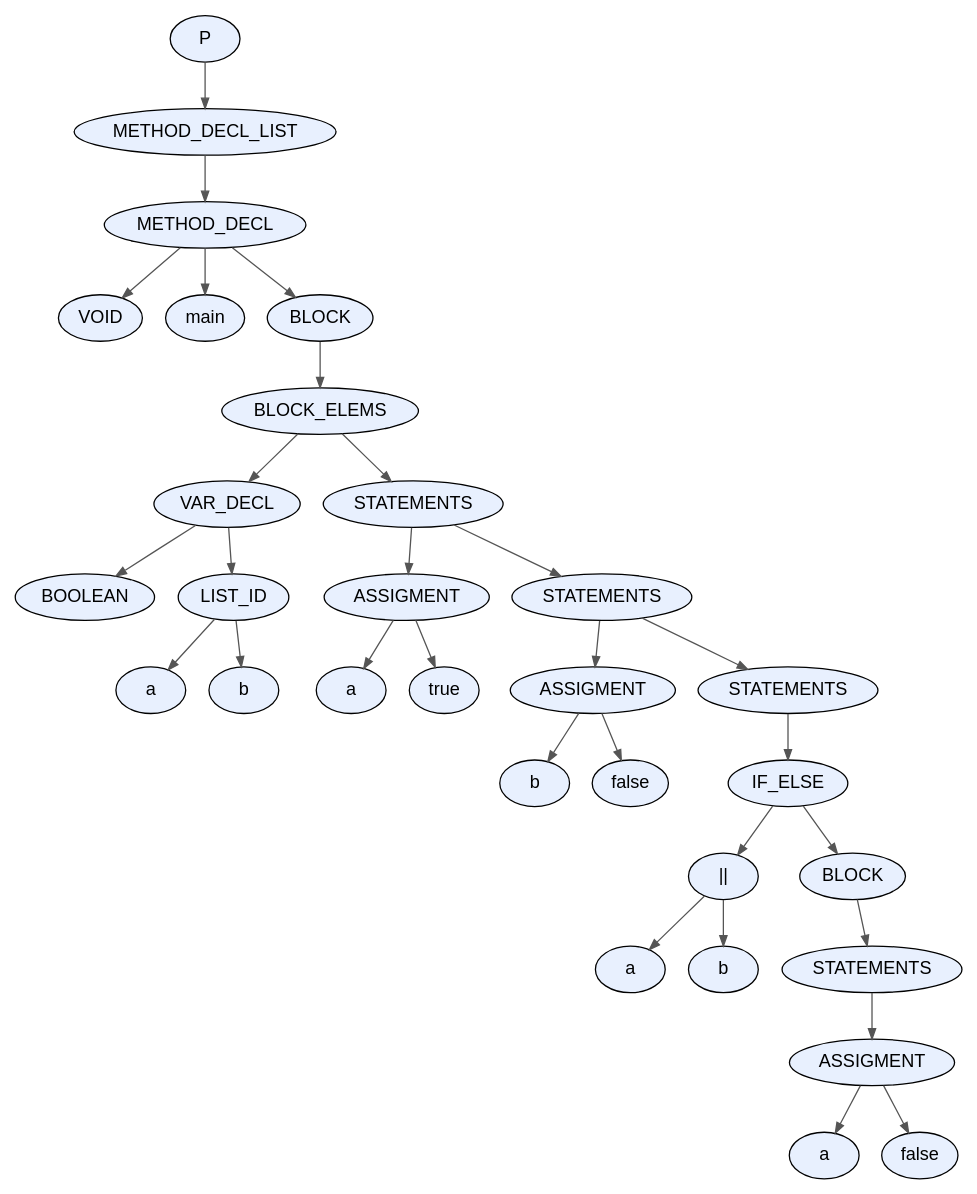
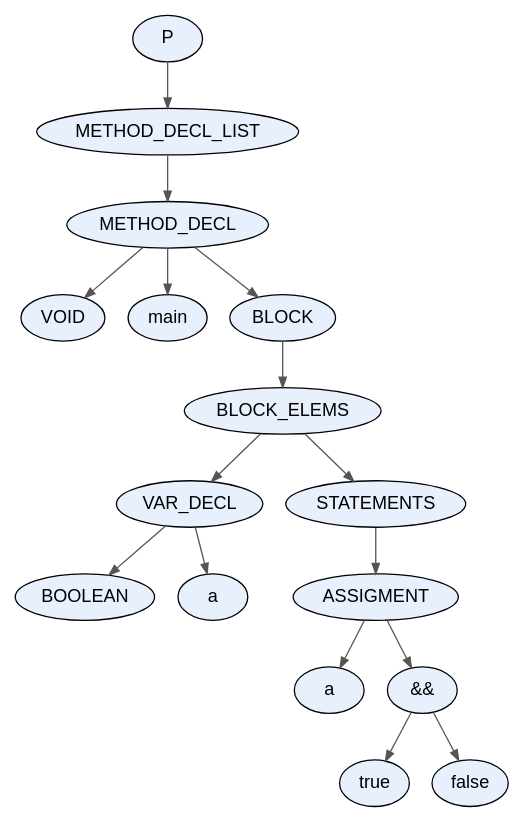
One commit to facundo-dario-loser/TDS2026 changed the diagram in proyecto/dot_files/test34.dot. Above: the diagram before and after it, drawn with Graphviz. The commit also changed 8 other files, not shown here.

```diff
--- a/proyecto/dot_files/test34.dot
+++ b/proyecto/dot_files/test34.dot
@@ -1,63 +1,35 @@
 digraph AST {
   node [fontname="Arial"];
   edge [arrowsize=0.8, color="#555555"];
-  "node_0x5abe2f18d430" [label="P", style=filled, fillcolor="#E8F0FE", shape=ellipse, style="rounded,filled"];
-  "node_0x5abe2f18d430" -> "node_0x5abe2f18d3e0";
-  "node_0x5abe2f18d3e0" [label="METHOD_DECL_LIST", style=filled, fillcolor="#E8F0FE", shape=ellipse, style="rounded,filled"];
-  "node_0x5abe2f18d3e0" -> "node_0x5abe2f18d390";
-  "node_0x5abe2f18d390" [label="METHOD_DECL", style=filled, fillcolor="#E8F0FE", shape=ellipse, style="rounded,filled"];
-  "node_0x5abe2f18d390" -> "node_0x5abe2f18d2d0";
-  "node_0x5abe2f18d2d0" [label="VOID", style=filled, fillcolor="#E8F0FE", shape=ellipse, style="rounded,filled"];
-  "node_0x5abe2f18d390" -> "node_0x5abe2f18d320";
-  "node_0x5abe2f18d320" [label="main", style=filled, fillcolor="#E8F0FE", shape=ellipse, style="rounded,filled"];
-  "node_0x5abe2f18d390" -> "node_0x5abe2f18d280";
-  "node_0x5abe2f18d280" [label="BLOCK", style=filled, fillcolor="#E8F0FE", shape=ellipse, style="rounded,filled"];
-  "node_0x5abe2f18d280" -> "node_0x5abe2f18d230";
-  "node_0x5abe2f18d230" [label="BLOCK_ELEMS", style=filled, fillcolor="#E8F0FE", shape=ellipse, style="rounded,filled"];
-  "node_0x5abe2f18d230" -> "node_0x5abe2f18cb00";
-  "node_0x5abe2f18cb00" [label="VAR_DECL", style=filled, fillcolor="#E8F0FE", shape=ellipse, style="rounded,filled"];
-  "node_0x5abe2f18cb00" -> "node_0x5abe2f18c940";
-  "node_0x5abe2f18c940" [label="BOOLEAN", style=filled, fillcolor="#E8F0FE", shape=ellipse, style="rounded,filled"];
-  "node_0x5abe2f18cb00" -> "node_0x5abe2f18cab0";
-  "node_0x5abe2f18cab0" [label="LIST_ID", style=filled, fillcolor="#E8F0FE", shape=ellipse, style="rounded,filled"];
-  "node_0x5abe2f18cab0" -> "node_0x5abe2f18ca40";
-  "node_0x5abe2f18ca40" [label="a", style=filled, fillcolor="#E8F0FE", shape=ellipse, style="rounded,filled"];
-  "node_0x5abe2f18cab0" -> "node_0x5abe2f18c9d0";
-  "node_0x5abe2f18c9d0" [label="b", style=filled, fillcolor="#E8F0FE", shape=ellipse, style="rounded,filled"];
-  "node_0x5abe2f18d230" -> "node_0x5abe2f18d1e0";
-  "node_0x5abe2f18d1e0" [label="STATEMENTS", style=filled, fillcolor="#E8F0FE", shape=ellipse, style="rounded,filled"];
-  "node_0x5abe2f18d1e0" -> "node_0x5abe2f18cc30";
-  "node_0x5abe2f18cc30" [label="ASSIGMENT", style=filled, fillcolor="#E8F0FE", shape=ellipse, style="rounded,filled"];
-  "node_0x5abe2f18cc30" -> "node_0x5abe2f18cbc0";
-  "node_0x5abe2f18cbc0" [label="a", style=filled, fillcolor="#E8F0FE", shape=ellipse, style="rounded,filled"];
-  "node_0x5abe2f18cc30" -> "node_0x5abe2f18cb70";
-  "node_0x5abe2f18cb70" [label="true", style=filled, fillcolor="#E8F0FE", shape=ellipse, style="rounded,filled"];
-  "node_0x5abe2f18d1e0" -> "node_0x5abe2f18d190";
-  "node_0x5abe2f18d190" [label="STATEMENTS", style=filled, fillcolor="#E8F0FE", shape=ellipse, style="rounded,filled"];
-  "node_0x5abe2f18d190" -> "node_0x5abe2f18cd60";
-  "node_0x5abe2f18cd60" [label="ASSIGMENT", style=filled, fillcolor="#E8F0FE", shape=ellipse, style="rounded,filled"];
-  "node_0x5abe2f18cd60" -> "node_0x5abe2f18ccf0";
-  "node_0x5abe2f18ccf0" [label="b", style=filled, fillcolor="#E8F0FE", shape=ellipse, style="rounded,filled"];
-  "node_0x5abe2f18cd60" -> "node_0x5abe2f18cca0";
-  "node_0x5abe2f18cca0" [label="false", style=filled, fillcolor="#E8F0FE", shape=ellipse, style="rounded,filled"];
-  "node_0x5abe2f18d190" -> "node_0x5abe2f18d140";
-  "node_0x5abe2f18d140" [label="STATEMENTS", style=filled, fillcolor="#E8F0FE", shape=ellipse, style="rounded,filled"];
-  "node_0x5abe2f18d140" -> "node_0x5abe2f18d0f0";
-  "node_0x5abe2f18d0f0" [label="IF_ELSE", style=filled, fillcolor="#E8F0FE", shape=ellipse, style="rounded,filled"];
-  "node_0x5abe2f18d0f0" -> "node_0x5abe2f18ced0";
-  "node_0x5abe2f18ced0" [label="||", style=filled, fillcolor="#E8F0FE", shape=ellipse, style="rounded,filled"];
-  "node_0x5abe2f18ced0" -> "node_0x5abe2f18cdd0";
-  "node_0x5abe2f18cdd0" [label="a", style=filled, fillcolor="#E8F0FE", shape=ellipse, style="rounded,filled"];
-  "node_0x5abe2f18ced0" -> "node_0x5abe2f18ce60";
-  "node_0x5abe2f18ce60" [label="b", style=filled, fillcolor="#E8F0FE", shape=ellipse, style="rounded,filled"];
-  "node_0x5abe2f18d0f0" -> "node_0x5abe2f18d0a0";
-  "node_0x5abe2f18d0a0" [label="BLOCK", style=filled, fillcolor="#E8F0FE", shape=ellipse, style="rounded,filled"];
-  "node_0x5abe2f18d0a0" -> "node_0x5abe2f18d050";
-  "node_0x5abe2f18d050" [label="STATEMENTS", style=filled, fillcolor="#E8F0FE", shape=ellipse, style="rounded,filled"];
-  "node_0x5abe2f18d050" -> "node_0x5abe2f18d000";
-  "node_0x5abe2f18d000" [label="ASSIGMENT", style=filled, fillcolor="#E8F0FE", shape=ellipse, style="rounded,filled"];
-  "node_0x5abe2f18d000" -> "node_0x5abe2f18cf90";
-  "node_0x5abe2f18cf90" [label="a", style=filled, fillcolor="#E8F0FE", shape=ellipse, style="rounded,filled"];
-  "node_0x5abe2f18d000" -> "node_0x5abe2f18cf40";
-  "node_0x5abe2f18cf40" [label="false", style=filled, fillcolor="#E8F0FE", shape=ellipse, style="rounded,filled"];
+  "node_0x5c88a11cee90" [label="P", style=filled, fillcolor="#E8F0FE", shape=ellipse, style="rounded,filled"];
+  "node_0x5c88a11cee90" -> "node_0x5c88a11cee40";
+  "node_0x5c88a11cee40" [label="METHOD_DECL_LIST", style=filled, fillcolor="#E8F0FE", shape=ellipse, style="rounded,filled"];
+  "node_0x5c88a11cee40" -> "node_0x5c88a11cedf0";
+  "node_0x5c88a11cedf0" [label="METHOD_DECL", style=filled, fillcolor="#E8F0FE", shape=ellipse, style="rounded,filled"];
+  "node_0x5c88a11cedf0" -> "node_0x5c88a11ced30";
+  "node_0x5c88a11ced30" [label="VOID", style=filled, fillcolor="#E8F0FE", shape=ellipse, style="rounded,filled"];
+  "node_0x5c88a11cedf0" -> "node_0x5c88a11ced80";
+  "node_0x5c88a11ced80" [label="main", style=filled, fillcolor="#E8F0FE", shape=ellipse, style="rounded,filled"];
+  "node_0x5c88a11cedf0" -> "node_0x5c88a11cece0";
+  "node_0x5c88a11cece0" [label="BLOCK", style=filled, fillcolor="#E8F0FE", shape=ellipse, style="rounded,filled"];
+  "node_0x5c88a11cece0" -> "node_0x5c88a11cec90";
+  "node_0x5c88a11cec90" [label="BLOCK_ELEMS", style=filled, fillcolor="#E8F0FE", shape=ellipse, style="rounded,filled"];
+  "node_0x5c88a11cec90" -> "node_0x5c88a11cea20";
+  "node_0x5c88a11cea20" [label="VAR_DECL", style=filled, fillcolor="#E8F0FE", shape=ellipse, style="rounded,filled"];
+  "node_0x5c88a11cea20" -> "node_0x5c88a11ce940";
+  "node_0x5c88a11ce940" [label="BOOLEAN", style=filled, fillcolor="#E8F0FE", shape=ellipse, style="rounded,filled"];
+  "node_0x5c88a11cea20" -> "node_0x5c88a11ce9b0";
+  "node_0x5c88a11ce9b0" [label="a", style=filled, fillcolor="#E8F0FE", shape=ellipse, style="rounded,filled"];
+  "node_0x5c88a11cec90" -> "node_0x5c88a11cec40";
+  "node_0x5c88a11cec40" [label="STATEMENTS", style=filled, fillcolor="#E8F0FE", shape=ellipse, style="rounded,filled"];
+  "node_0x5c88a11cec40" -> "node_0x5c88a11cebf0";
+  "node_0x5c88a11cebf0" [label="ASSIGMENT", style=filled, fillcolor="#E8F0FE", shape=ellipse, style="rounded,filled"];
+  "node_0x5c88a11cebf0" -> "node_0x5c88a11ceb80";
+  "node_0x5c88a11ceb80" [label="a", style=filled, fillcolor="#E8F0FE", shape=ellipse, style="rounded,filled"];
+  "node_0x5c88a11cebf0" -> "node_0x5c88a11ceb30";
+  "node_0x5c88a11ceb30" [label="&&", style=filled, fillcolor="#E8F0FE", shape=ellipse, style="rounded,filled"];
+  "node_0x5c88a11ceb30" -> "node_0x5c88a11cea90";
+  "node_0x5c88a11cea90" [label="true", style=filled, fillcolor="#E8F0FE", shape=ellipse, style="rounded,filled"];
+  "node_0x5c88a11ceb30" -> "node_0x5c88a11ceae0";
+  "node_0x5c88a11ceae0" [label="false", style=filled, fillcolor="#E8F0FE", shape=ellipse, style="rounded,filled"];
 }
```
